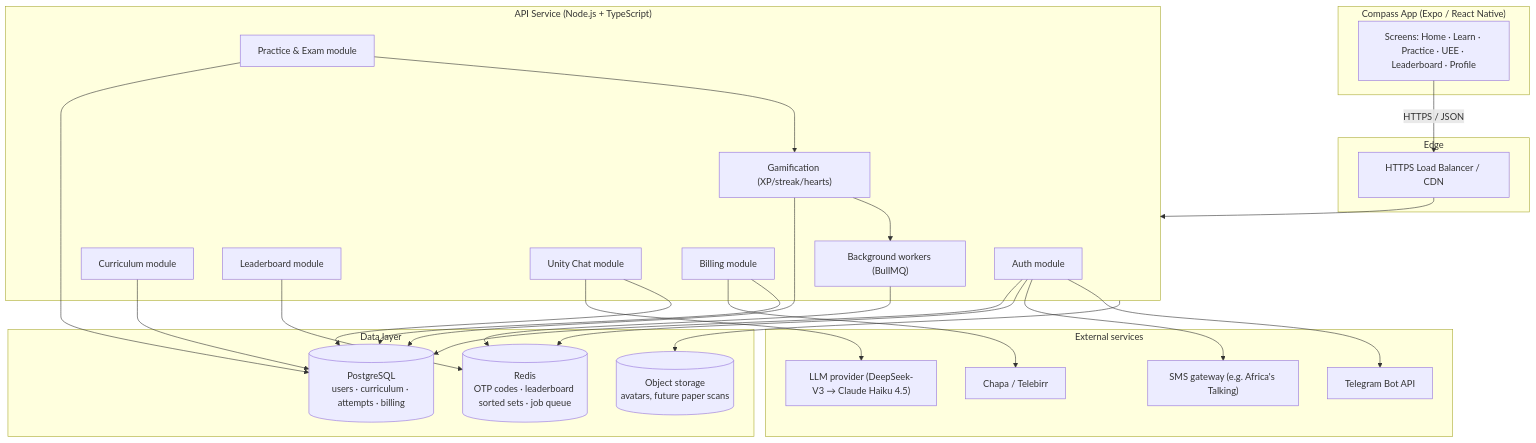
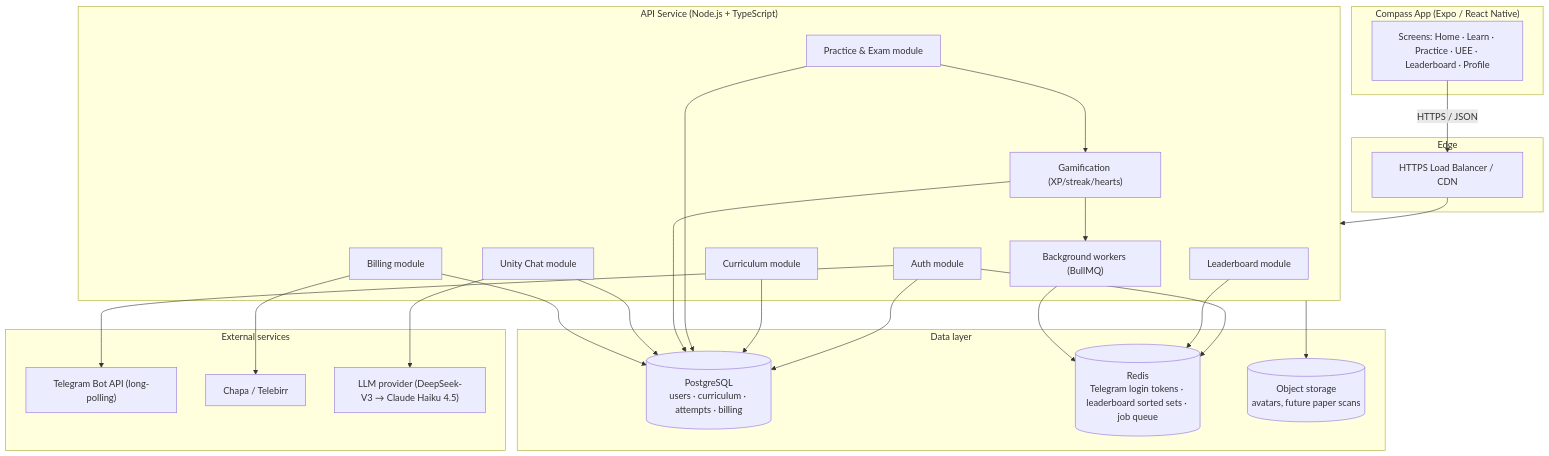
The first of 3 diagrams in docs/backend-architecture.md (Haileyesus42/uee), drawn with Mermaid before and after one commit. The commit also changed other lines of this file and 31 other files, not shown here.

````diff
--- a/docs/backend-architecture.md
+++ b/docs/backend-architecture.md
@@ -25,52 +25,50 @@
 ```mermaid
 flowchart TB
     subgraph Client["Compass App (Expo / React Native)"]
         RN["Screens: Home · Learn · Practice · UEE · Leaderboard · Profile"]
     end
 
     subgraph Edge["Edge"]
         LB["HTTPS Load Balancer / CDN"]
     end
 
     subgraph API["API Service (Node.js + TypeScript)"]
         AUTH["Auth module"]
         CURR["Curriculum module"]
         QUIZ["Practice & Exam module"]
         LB_MOD["Leaderboard module"]
         GAM["Gamification (XP/streak/hearts)"]
         CHAT["Unity Chat module"]
         BILL["Billing module"]
         JOBS["Background workers (BullMQ)"]
     end
 
     subgraph Data["Data layer"]
         PG[("PostgreSQL\nusers · curriculum · attempts · billing")]
-        REDIS[("Redis\nOTP codes · leaderboard sorted sets · job queue")]
+        REDIS[("Redis\nTelegram login tokens · leaderboard sorted sets · job queue")]
         S3[("Object storage\navatars, future paper scans")]
     end
 
     subgraph External["External services"]
-        SMS["SMS gateway (e.g. Africa's Talking)"]
-        TG["Telegram Bot API"]
+        TG["Telegram Bot API (long-polling)"]
         PAY["Chapa / Telebirr"]
         LLM["LLM provider (DeepSeek-V3 → Claude Haiku 4.5)"]
     end
 
     RN -->|HTTPS / JSON| LB --> API
     AUTH --> PG
     AUTH --> REDIS
-    AUTH --> SMS
     AUTH --> TG
     CURR --> PG
     QUIZ --> PG
     QUIZ --> GAM
     LB_MOD --> REDIS
     GAM --> PG
     GAM --> JOBS
     CHAT --> LLM
     CHAT --> PG
     BILL --> PAY
     BILL --> PG
     JOBS --> REDIS
     API --> S3
 ```
````
